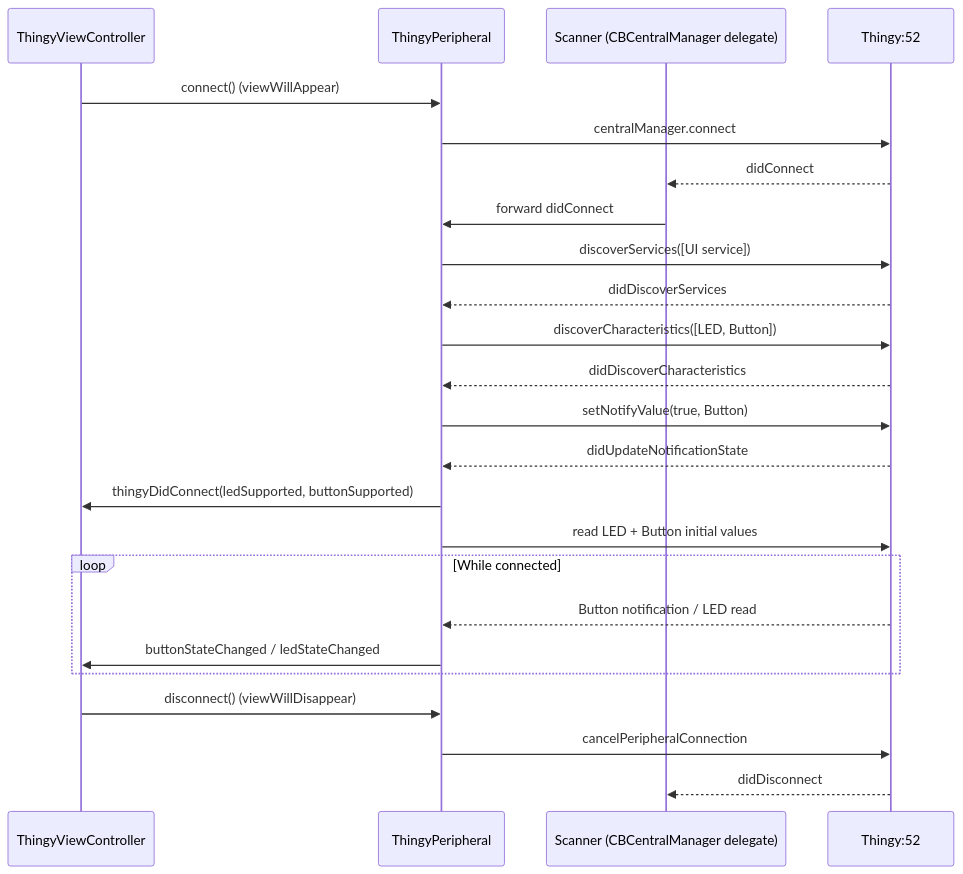
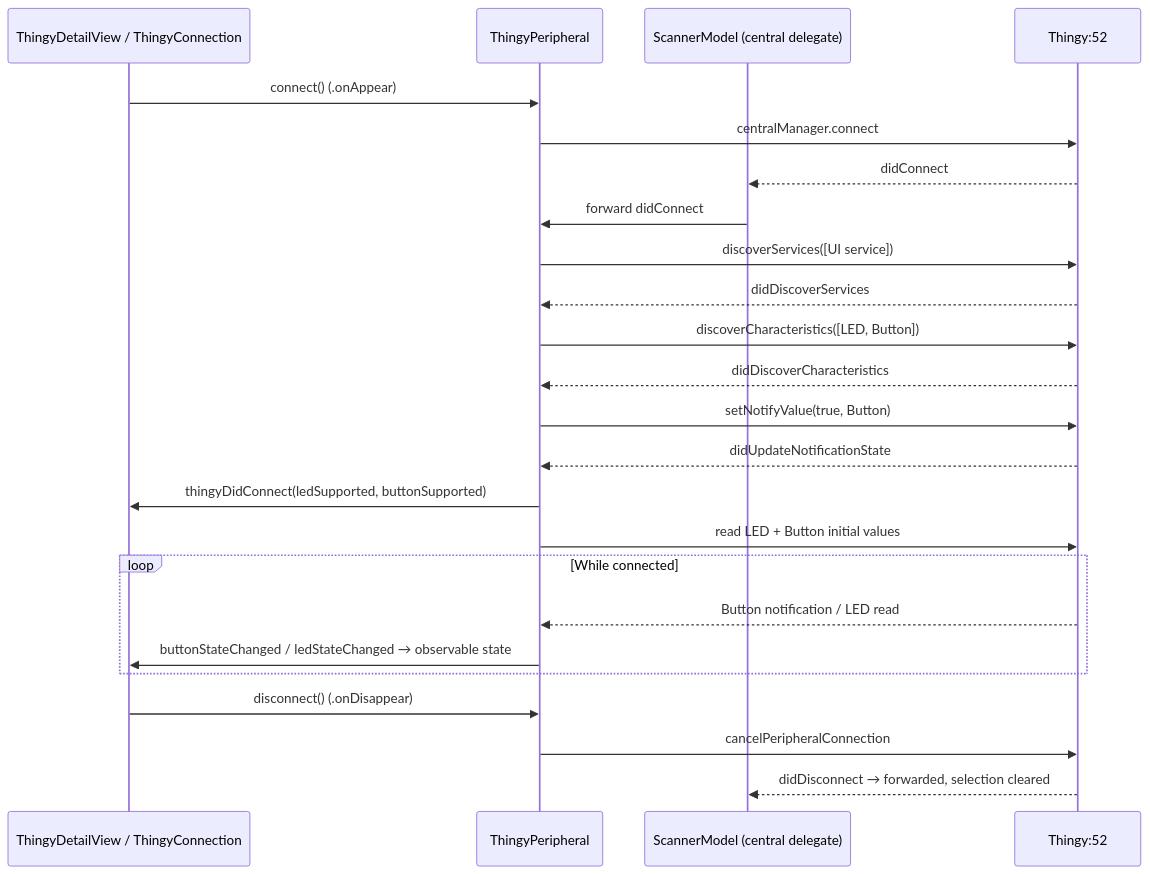
One commit to qmandev/nRFThingy52 changed the second of 2 diagrams in README.md. Above: the diagram before and after it, drawn with Mermaid. The commit also changed other lines of this file and 3 other files, not shown here.

First line of the commit message:
Phase 7: update docs for the SwiftUI architecture

````diff
--- a/README.md
+++ b/README.md
@@ -92,27 +89,27 @@
 ```mermaid
 sequenceDiagram
-    participant D as ThingyViewController
+    participant D as ThingyDetailView / ThingyConnection
     participant P as ThingyPeripheral
-    participant S as Scanner (CBCentralManager delegate)
+    participant S as ScannerModel (central delegate)
     participant T as Thingy:52
 
-    D->>P: connect() (viewWillAppear)
+    D->>P: connect() (.onAppear)
     P->>T: centralManager.connect
     T-->>S: didConnect
     S->>P: forward didConnect
     P->>T: discoverServices([UI service])
     T-->>P: didDiscoverServices
     P->>T: discoverCharacteristics([LED, Button])
     T-->>P: didDiscoverCharacteristics
     P->>T: setNotifyValue(true, Button)
     T-->>P: didUpdateNotificationState
     P->>D: thingyDidConnect(ledSupported, buttonSupported)
     P->>T: read LED + Button initial values
     loop While connected
         T-->>P: Button notification / LED read
-        P->>D: buttonStateChanged / ledStateChanged
+        P->>D: buttonStateChanged / ledStateChanged → observable state
     end
-    D->>P: disconnect() (viewWillDisappear)
+    D->>P: disconnect() (.onDisappear)
     P->>T: cancelPeripheralConnection
-    T-->>S: didDisconnect
+    T-->>S: didDisconnect → forwarded, selection cleared
 ```
````
